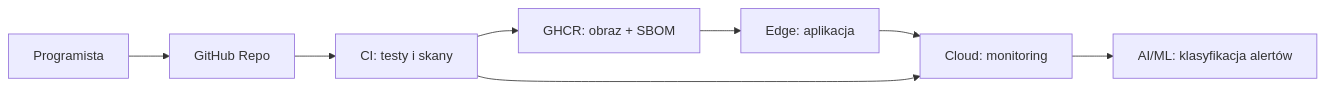
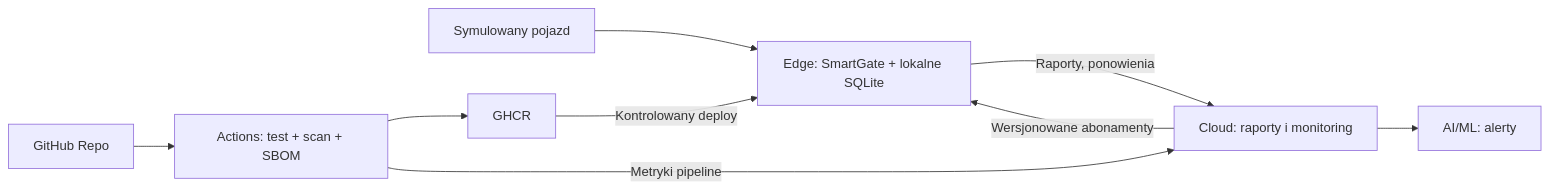
Before and after one commit to pniewrzol/-DevSecOps-Edge-Cloud-app: the diagram in docs/M1/01-karta-projektu.md, drawn with Mermaid. The commit also changed other lines of this file and 28 other files, not shown here.

Commit message:
feat: migrate Edge-Cloud PoC to SmartGate DevSecOps

````diff
--- a/docs/M1/01-karta-projektu.md
+++ b/docs/M1/01-karta-projektu.md
@@ -59,10 +44,11 @@
 ```mermaid
 flowchart LR
-  U[Programista] --> R[GitHub Repo]
-  R --> CI[CI: testy i skany]
-  CI --> REG[GHCR: obraz + SBOM]
-  REG --> E[Edge: aplikacja]
-  E --> M[Cloud: monitoring]
-  CI --> M
-  M --> ML[AI/ML: klasyfikacja alertów]
+  DRIVER[Symulowany pojazd] --> EDGE[Edge: SmartGate + lokalne SQLite]
+  EDGE -->|Raporty, ponowienia| CLOUD[Cloud: raporty i monitoring]
+  CLOUD -->|Wersjonowane abonamenty| EDGE
+  DEV[GitHub Repo] --> CI[Actions: test + scan + SBOM]
+  CI --> REG[GHCR]
+  REG -->|Kontrolowany deploy| EDGE
+  CI -->|Metryki pipeline| CLOUD
+  CLOUD --> ML[AI/ML: alerty]
 ```
````
